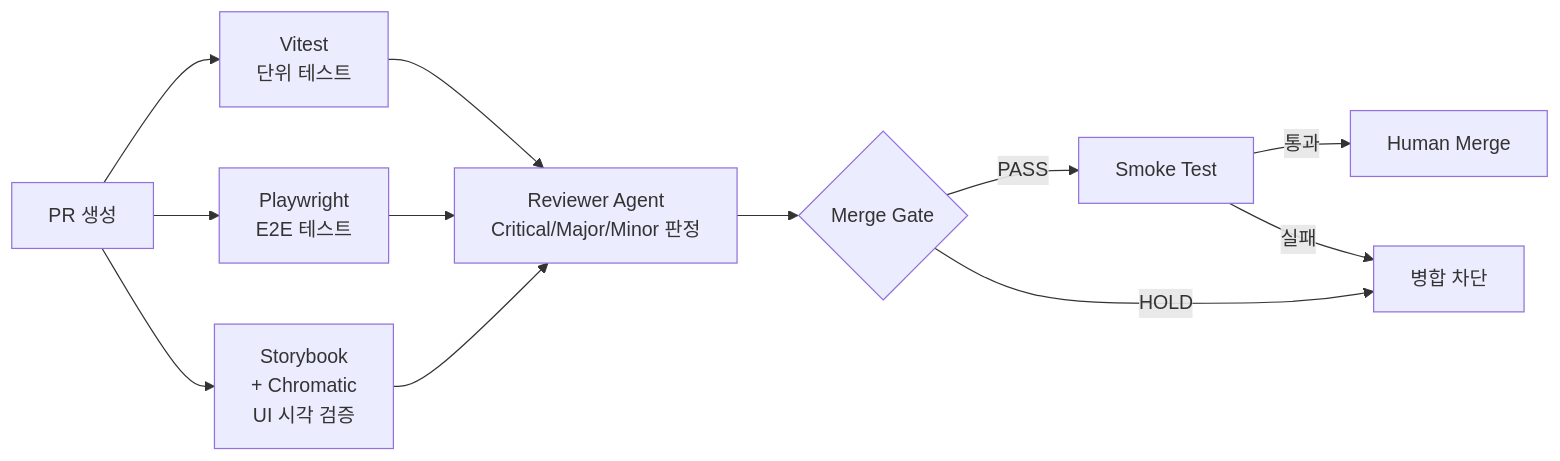
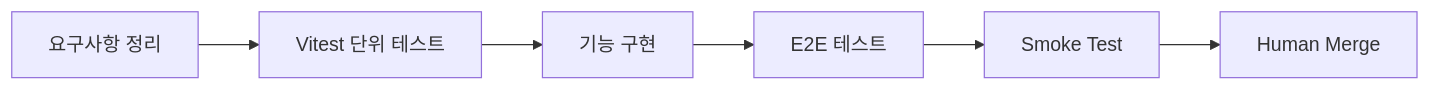
Before and after one commit to kyungchan3007/-portfolio: the diagram in docs/quality/merge-gate-ci.md, drawn with Mermaid. The commit also changed other lines of this file and 2 other files, not shown here.

First line of the commit message:
docs: 품질 문서를 테스트 기반 개발 흐름으로 재구성

````diff
--- a/docs/quality/merge-gate-ci.md
+++ b/docs/quality/merge-gate-ci.md
@@ -29,24 +16,15 @@
 ```mermaid
 graph LR
-    PR[PR 생성]
-    Vitest[Vitest\n단위 테스트]
-    Playwright[Playwright\nE2E 테스트]
-    Storybook[Storybook\n+ Chromatic\nUI 시각 검증]
-    Reviewer[Reviewer Agent\nCritical/Major/Minor 판정]
-    Gate{Merge Gate}
+    Spec[요구사항 정리]
+    Unit[Vitest 단위 테스트]
+    Impl[기능 구현]
+    E2E[E2E 테스트]
     Smoke[Smoke Test]
     Human[Human Merge]
-    Block[병합 차단]
 
-    PR --> Vitest
-    PR --> Playwright
-    PR --> Storybook
-    Vitest --> Reviewer
-    Playwright --> Reviewer
-    Storybook --> Reviewer
-    Reviewer --> Gate
-    Gate -->|PASS| Smoke
-    Gate -->|HOLD| Block
-    Smoke -->|통과| Human
-    Smoke -->|실패| Block
+    Spec --> Unit
+    Unit --> Impl
+    Impl --> E2E
+    E2E --> Smoke
+    Smoke --> Human
 ```
````
